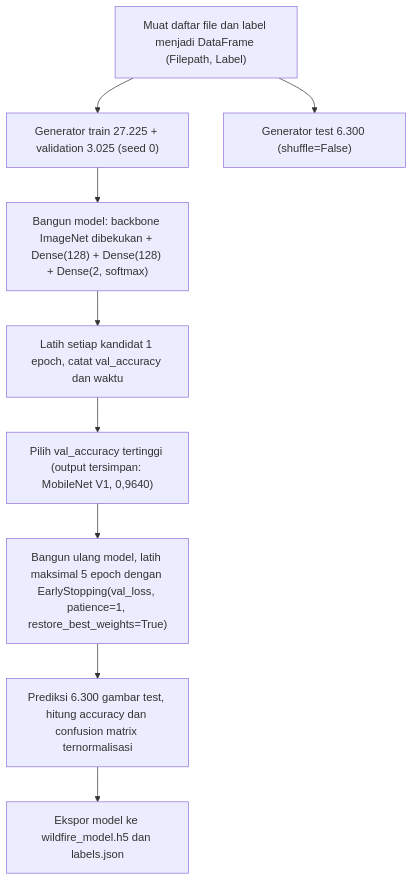
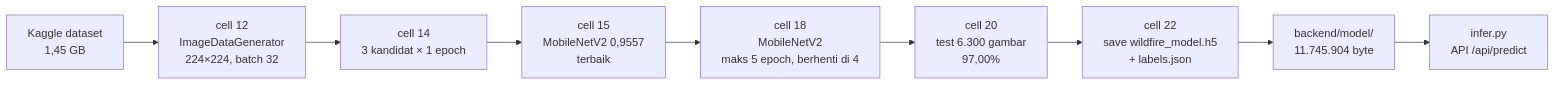
The diagram in docs/MODEL_TRAINING.md (hissyam90/kalimantan-wildfire-hotspot-detection), drawn with Mermaid before and after one commit. The commit also changed other lines of this file and 8 other files, not shown here.

````diff
--- a/docs/MODEL_TRAINING.md
+++ b/docs/MODEL_TRAINING.md
@@ -160,11 +35,11 @@
 ```mermaid
-flowchart TD
-    A["Muat daftar file dan label menjadi DataFrame (Filepath, Label)"] --> B["Generator train 27.225 + validation 3.025 (seed 0)"]
-    A --> C["Generator test 6.300 (shuffle=False)"]
-    B --> D["Bangun model: backbone ImageNet dibekukan + Dense(128) + Dense(128) + Dense(2, softmax)"]
-    D --> E["Latih setiap kandidat 1 epoch, catat val_accuracy dan waktu"]
-    E --> F["Pilih val_accuracy tertinggi (output tersimpan: MobileNet V1, 0,9640)"]
-    F --> G["Bangun ulang model, latih maksimal 5 epoch dengan EarlyStopping(val_loss, patience=1, restore_best_weights=True)"]
-    G --> H["Prediksi 6.300 gambar test, hitung accuracy dan confusion matrix ternormalisasi"]
-    H --> I["Ekspor model ke wildfire_model.h5 dan labels.json"]
+flowchart LR
+    A["Kaggle dataset<br/>1,45 GB"] --> B["cell 12<br/>ImageDataGenerator<br/>224×224, batch 32"]
+    B --> C["cell 14<br/>3 kandidat × 1 epoch"]
+    C --> D["cell 15<br/>MobileNetV2 0,9557<br/>terbaik"]
+    D --> E["cell 18<br/>MobileNetV2<br/>maks 5 epoch, berhenti di 4"]
+    E --> F["cell 20<br/>test 6.300 gambar<br/>97,00%"]
+    F --> G["cell 22<br/>save wildfire_model.h5<br/>+ labels.json"]
+    G --> H["backend/model/<br/>11.745.904 byte"]
+    H --> I["infer.py<br/>API /api/predict"]
 ```
````
